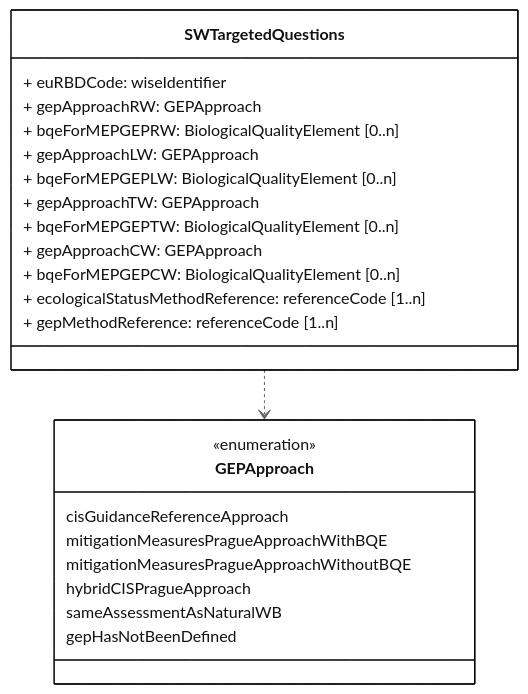
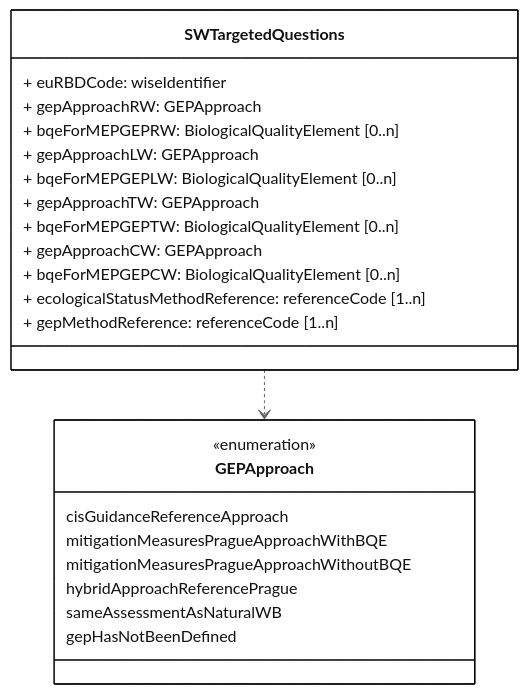
One commit to eeadata/WISE.WFD.Documentation changed the diagram in docs/DataModelReview/mmd/SurfaceWaterMethodologies_4thCycle_SWTargetedQuestions_ClassDiagram.mmd. Above: the diagram before and after it, drawn with Mermaid. The commit also changed 3 other files, not shown here.

```diff
--- a/docs/DataModelReview/mmd/SurfaceWaterMethodologies_4thCycle_SWTargetedQuestions_ClassDiagram.mmd
+++ b/docs/DataModelReview/mmd/SurfaceWaterMethodologies_4thCycle_SWTargetedQuestions_ClassDiagram.mmd
@@ -1,38 +1,38 @@
 ---
 config:
   class:
     hideEmptyMembersBox: true
   layout: dagre
   theme: neutral
 ---
 classDiagram
 direction TB
 
 class SWTargetedQuestions{
   + euRBDCode: wiseIdentifier
   + gepApproachRW: GEPApproach
   + bqeForMEPGEPRW: BiologicalQualityElement [0..n]
   + gepApproachLW: GEPApproach
   + bqeForMEPGEPLW: BiologicalQualityElement [0..n]
   + gepApproachTW: GEPApproach
   + bqeForMEPGEPTW: BiologicalQualityElement [0..n]
   + gepApproachCW: GEPApproach
   + bqeForMEPGEPCW: BiologicalQualityElement [0..n]
   + ecologicalStatusMethodReference: referenceCode [1..n]
   + gepMethodReference: referenceCode [1..n]
 }
 
 class GEPApproach {
 <<enumeration>>
 cisGuidanceReferenceApproach
 mitigationMeasuresPragueApproachWithBQE
 mitigationMeasuresPragueApproachWithoutBQE
-hybridCISPragueApproach
+hybridApproachReferencePrague
 sameAssessmentAsNaturalWB
 gepHasNotBeenDefined
 }
 
 SWTargetedQuestions ..> GEPApproach
 
 classDef default fill:white,stroke:#000;
 classDef forFixing fill:white,stroke:#f00;
```
